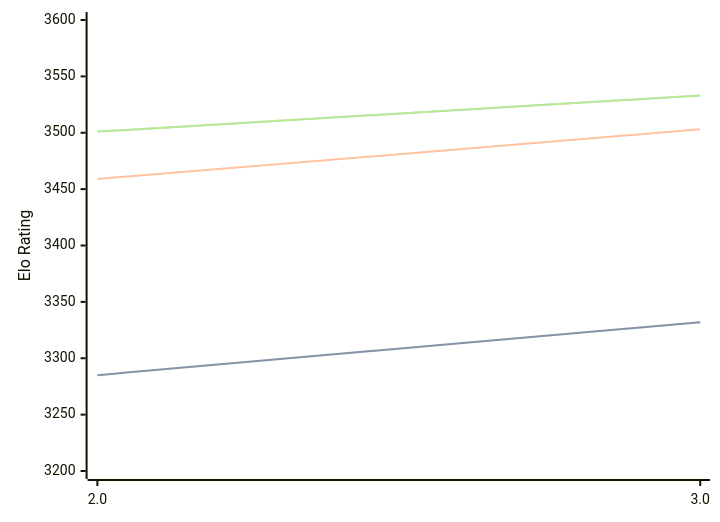
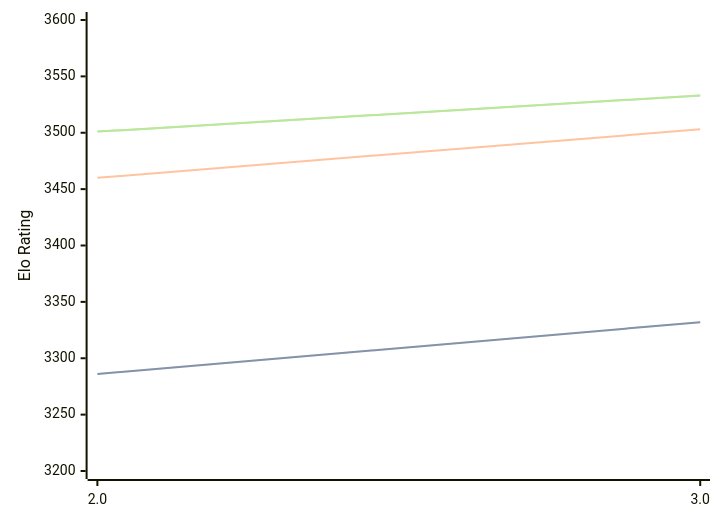
One commit to computer-chess-index/cci changed the first of 3 diagrams in engines/Quanticade.md. Above: the diagram before and after it, drawn with Mermaid. The commit also changed other lines of this file, not shown here.

````diff
--- a/engines/Quanticade.md
+++ b/engines/Quanticade.md
@@ -41,11 +41,11 @@
 ```mermaid
 %%{init: {"theme":"base","themeVariables":{"seriesColors:['#a3a3a3','#222221','#faa371']}}}%%
 xychart-beta
   x-axis ["2.0", "3.0"]
   y-axis "Elo Rating" 3200 --> 3600
-  line "STC (8.0+0.08s)" [3285, 3332]
-  line "STC (8.0+0.08s)" [3285, 3332]
-  line "LTC (60.0+0.60s)" [3459, 3503]
+  line "STC (8.0+0.08s)" [3286, 3332]
+  line "STC (8.0+0.08s)" [3286, 3332]
+  line "LTC (60.0+0.60s)" [3460, 3503]
   line "VLTC (2m24s+1.12s)" [3501, 3533]
   line "VLTC (2m24s+1.12s)" [3501, 3533]
 ```
````
